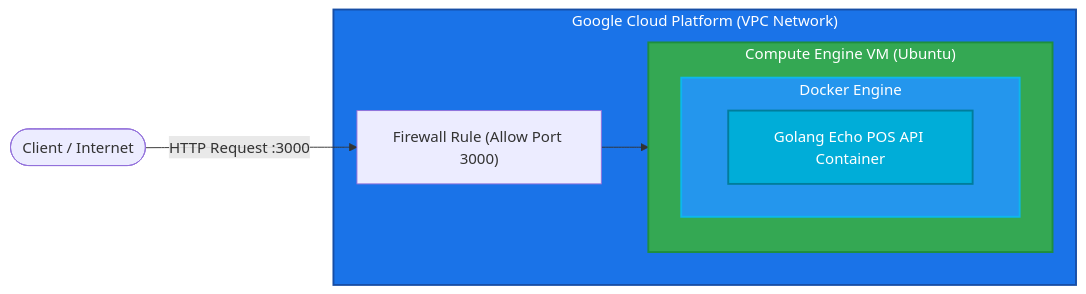
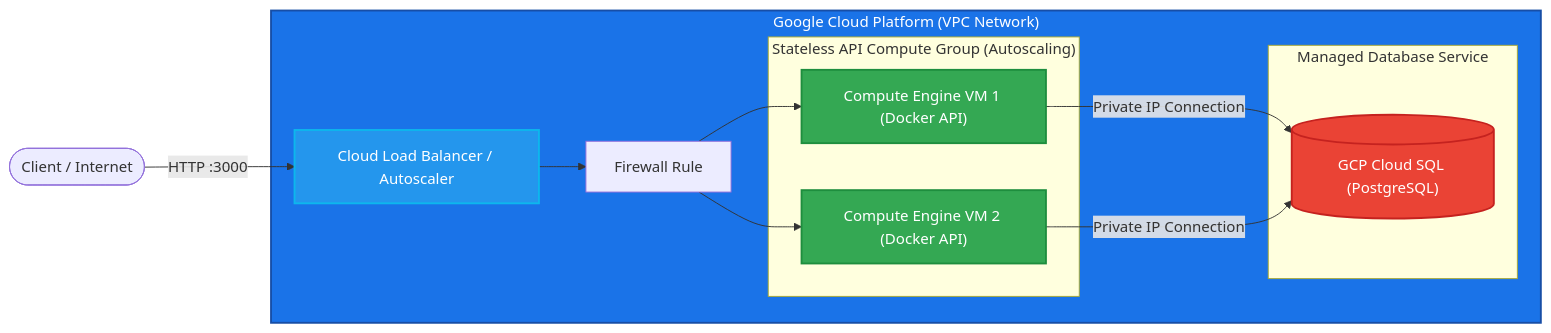
One commit to goesbams/simple-pos-with-terraform changed the first of 2 diagrams in README.md. Above: the diagram before and after it, drawn with Mermaid. The commit also changed other lines of this file, not shown here.

Commit message:
docs: update architecture overview to decoupled autoscaling API and Cloud SQL database

````diff
--- a/README.md
+++ b/README.md
@@ -16,26 +18,33 @@
 ```mermaid
 flowchart LR
-    Client([Client / Internet]) -->|HTTP Request :3000| FW
+    Client([Client / Internet]) -->|HTTP :3000| LB[Cloud Load Balancer / Autoscaler]
 
     subgraph GCP["Google Cloud Platform (VPC Network)"]
-        FW["Firewall Rule (Allow Port 3000)"]
+        LB --> FW[Firewall Rule]
         
-        subgraph GCE["Compute Engine VM (Ubuntu)"]
-            subgraph Docker["Docker Engine"]
-                API["Golang Echo POS API Container"]
-            end
+        subgraph ComputeGroup["Stateless API Compute Group (Autoscaling)"]
+            VM1["Compute Engine VM 1 (Docker API)"]
+            VM2["Compute Engine VM 2 (Docker API)"]
         end
         
-        FW --> GCE
+        FW --> VM1
+        FW --> VM2
+        
+        subgraph DatabaseInstance["Managed Database Service"]
+            CloudSQL[("GCP Cloud SQL (PostgreSQL)")]
+        end
+        
+        VM1 -->|Private IP Connection| CloudSQL
+        VM2 -->|Private IP Connection| CloudSQL
     end
 
     classDef gcpStyle fill:#1a73e8,stroke:#174ea6,stroke-width:2px,color:#fff;
     classDef vmStyle fill:#34a853,stroke:#1e8e3e,stroke-width:2px,color:#fff;
     classDef dockerStyle fill:#2496ed,stroke:#0db7ed,stroke-width:2px,color:#fff;
-    classDef apiStyle fill:#00add8,stroke:#007d9c,stroke-width:2px,color:#fff;
+    classDef dbStyle fill:#ea4335,stroke:#c5221f,stroke-width:2px,color:#fff;
 
     class GCP gcpStyle;
-    class GCE vmStyle;
-    class Docker dockerStyle;
-    class API apiStyle;
+    class VM1,VM2 vmStyle;
+    class LB dockerStyle;
+    class CloudSQL dbStyle;
 ```
````
